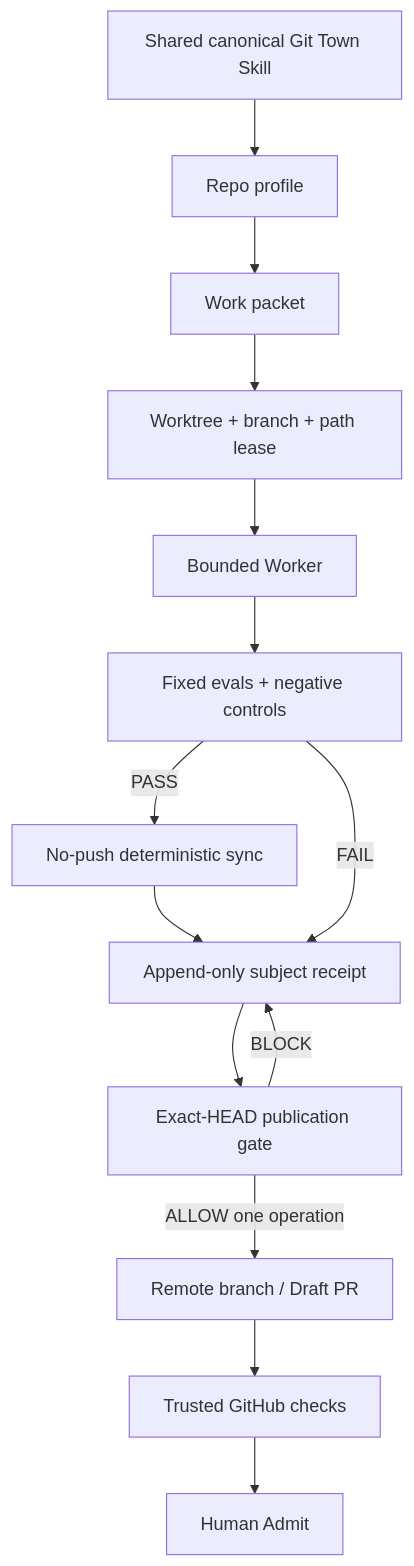
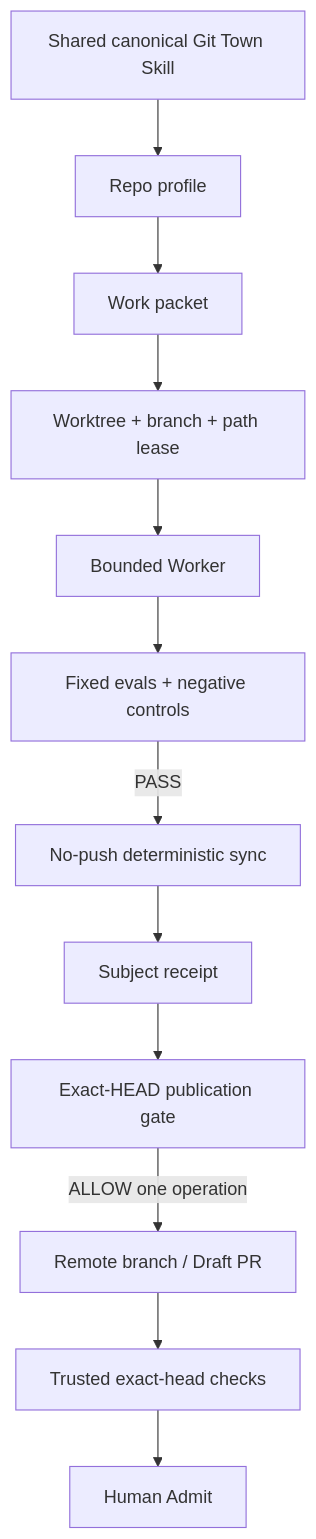
The fourth of 4 diagrams in docs/architecture.md (ed3c/gym-come-true), drawn with Mermaid before and after one commit. The commit also changed other lines of this file, not shown here.

Commit message:
docs: reconcile architecture platform authority

````diff
--- a/docs/architecture.md
+++ b/docs/architecture.md
@@ -340,21 +257,19 @@
 ```mermaid
 flowchart TB
     SharedSkill[Shared canonical Git Town Skill]
     Profile[Repo profile]
     Packet[Work packet]
     Lease[Worktree + branch + path lease]
     Worker[Bounded Worker]
     Evals[Fixed evals + negative controls]
     Sync[No-push deterministic sync]
-    Receipt[Append-only subject receipt]
+    Receipt[Subject receipt]
     Publish[Exact-HEAD publication gate]
     Remote[Remote branch / Draft PR]
-    Trusted[Trusted GitHub checks]
+    Trusted[Trusted exact-head checks]
     Human[Human Admit]
 
     SharedSkill --> Profile --> Packet --> Lease --> Worker --> Evals
     Evals -->|PASS| Sync --> Receipt --> Publish
-    Evals -->|FAIL| Receipt
     Publish -->|ALLOW one operation| Remote --> Trusted --> Human
-    Publish -->|BLOCK| Receipt
 ```
````
